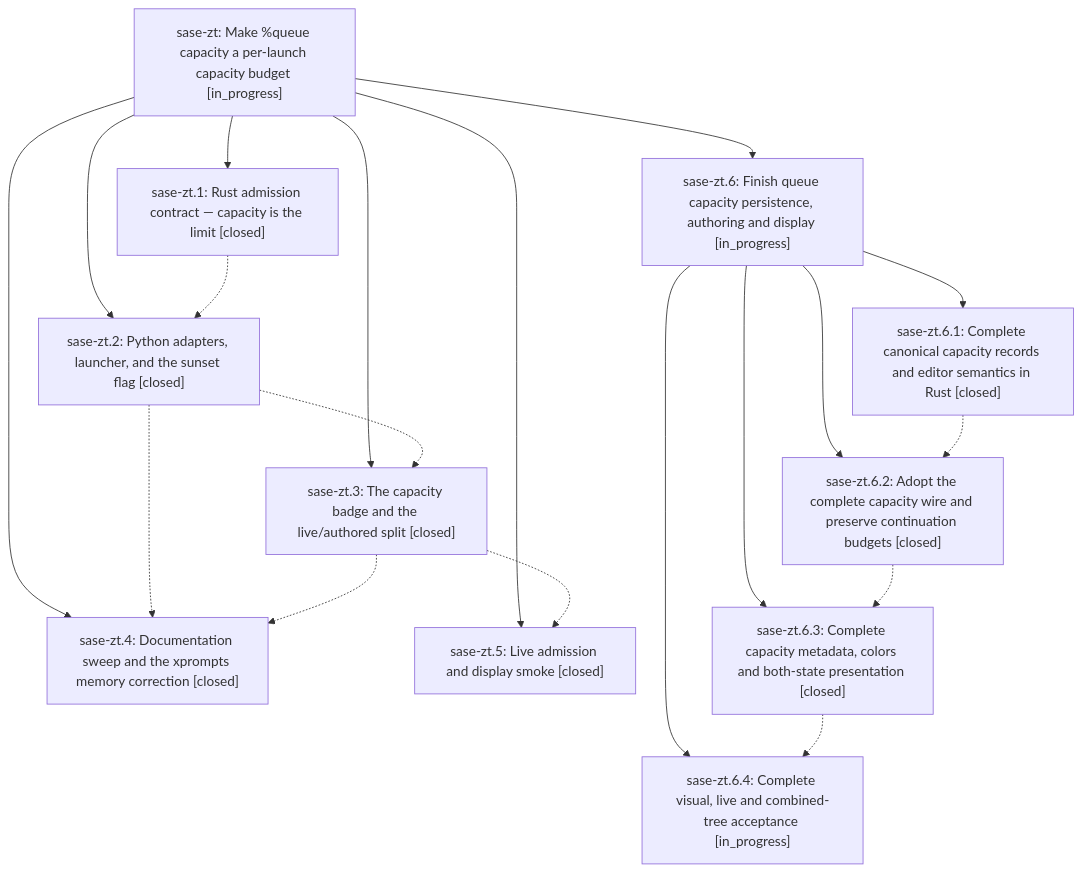
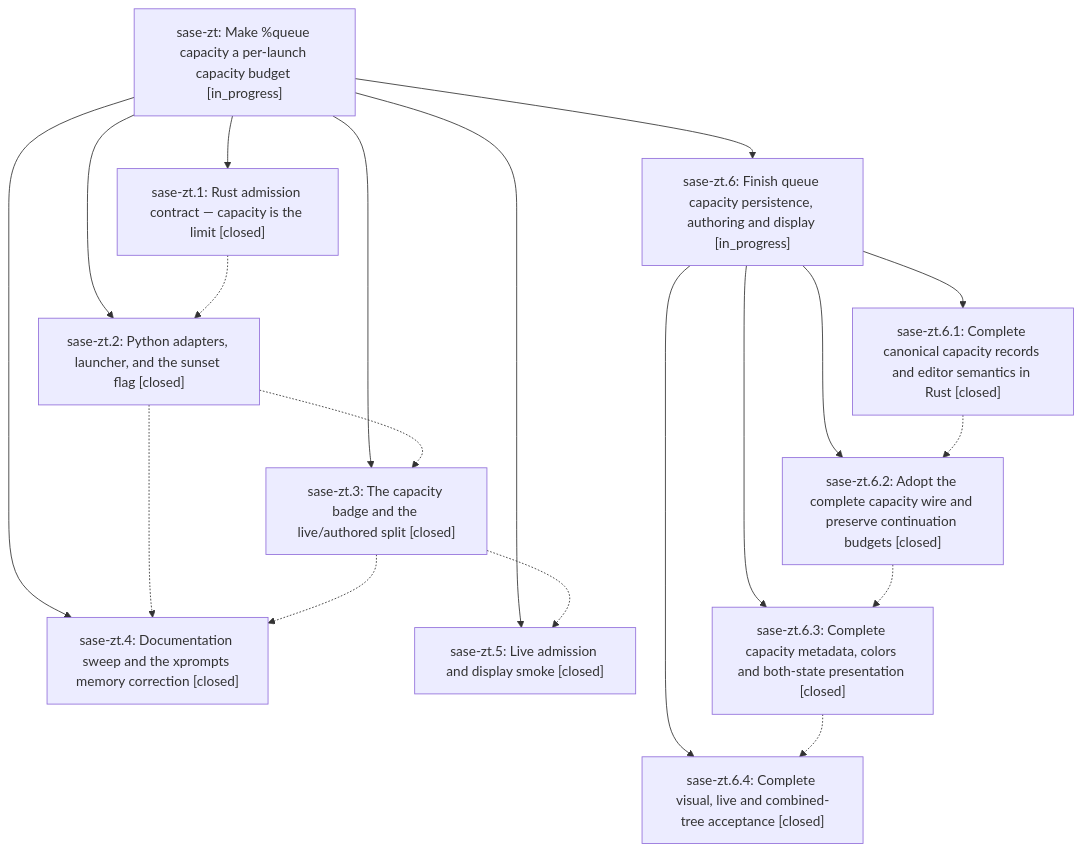
Before and after one commit to sase-org/sase--beads: the diagram in pages/sase-zt/README.md, drawn with Mermaid. The commit also changed other lines of this file and 2 other files, not shown here.

First line of the commit message:
chore(beads): sync bead state and pages for sase-zt

````diff
--- a/pages/sase-zt/README.md
+++ b/pages/sase-zt/README.md
@@ -50,32 +50,32 @@
 ```mermaid
 flowchart TD
     n0["sase-zt: Make %queue capacity a per-launch capacity budget [in_progress]"]
     n1["sase-zt.1: Rust admission contract — capacity is the limit [closed]"]
     n2["sase-zt.2: Python adapters, launcher, and the sunset flag [closed]"]
     n3["sase-zt.3: The capacity badge and the live/authored split [closed]"]
     n4["sase-zt.4: Documentation sweep and the xprompts memory correction [closed]"]
     n5["sase-zt.5: Live admission and display smoke [closed]"]
     n6["sase-zt.6: Finish queue capacity persistence, authoring and display [in_progress]"]
     n7["sase-zt.6.1: Complete canonical capacity records and editor semantics in Rust [closed]"]
     n8["sase-zt.6.2: Adopt the complete capacity wire and preserve continuation budgets [closed]"]
     n9["sase-zt.6.3: Complete capacity metadata, colors and both-state presentation [closed]"]
-    n10["sase-zt.6.4: Complete visual, live and combined-tree acceptance [in_progress]"]
+    n10["sase-zt.6.4: Complete visual, live and combined-tree acceptance [closed]"]
     n0 --> n1
     n0 --> n2
     n0 --> n3
     n0 --> n4
     n0 --> n5
     n0 --> n6
     n6 --> n7
     n6 --> n8
     n6 --> n9
     n6 --> n10
     n1 -.-> n2
     n2 -.-> n3
     n2 -.-> n4
     n3 -.-> n4
     n3 -.-> n5
     n7 -.-> n8
     n8 -.-> n9
     n9 -.-> n10
 ```
````
